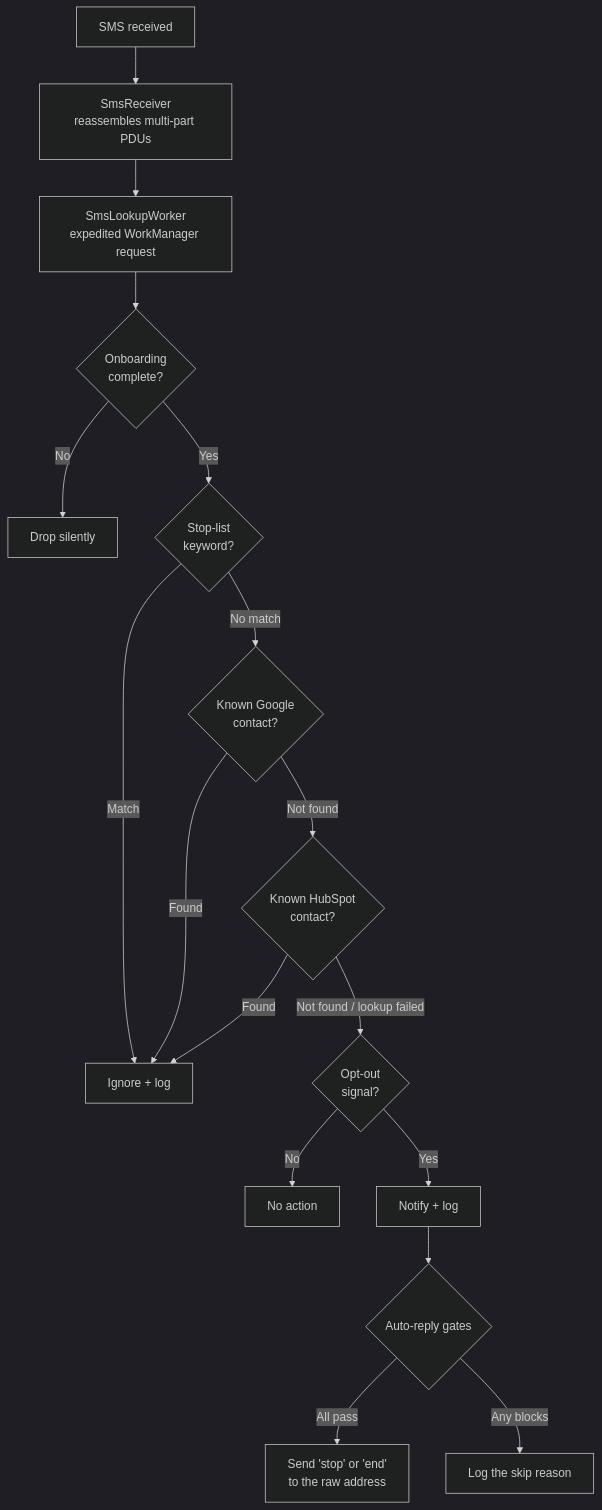
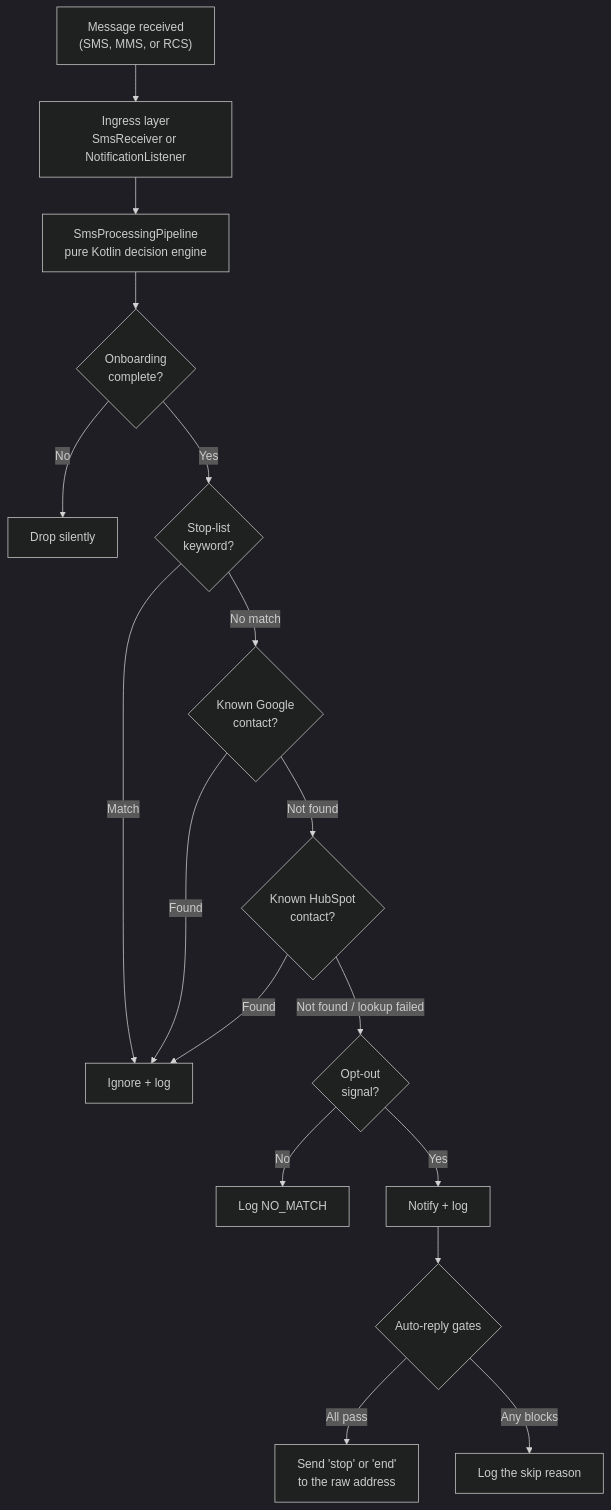
One commit to wgroth2/smsfilter changed the diagram in README.md. Above: the diagram before and after it, drawn with Mermaid (dark theme). The commit also changed other lines of this file and 1 other file, not shown here.

First line of the commit message:
docs: update README.md and walkthrough.md with latest architecture and features

````diff
--- a/README.md
+++ b/README.md
@@ -15,19 +15,19 @@
 ```mermaid
 graph TD
-    A["SMS received"] --> B["SmsReceiver<br/>reassembles multi-part PDUs"]
-    B --> C["SmsLookupWorker<br/>expedited WorkManager request"]
+    A["Message received<br/>(SMS, MMS, or RCS)"] --> B["Ingress layer<br/>SmsReceiver or NotificationListener"]
+    B --> C["SmsProcessingPipeline<br/>pure Kotlin decision engine"]
     C --> D{"Onboarding<br/>complete?"}
     D -- No --> Z["Drop silently"]
     D -- Yes --> E{"Stop-list<br/>keyword?"}
     E -- Match --> Y["Ignore + log"]
     E -- No match --> F{"Known Google<br/>contact?"}
     F -- Found --> Y
     F -- Not found --> G{"Known HubSpot<br/>contact?"}
     G -- Found --> Y
     G -- Not found / lookup failed --> H{"Opt-out<br/>signal?"}
-    H -- No --> X["No action"]
+    H -- No --> X["Log NO_MATCH"]
     H -- Yes --> I["Notify + log"]
     I --> J{"Auto-reply gates"}
     J -- All pass --> K["Send 'stop' or 'end'<br/>to the raw address"]
     J -- Any blocks --> L["Log the skip reason"]
 ```
````
